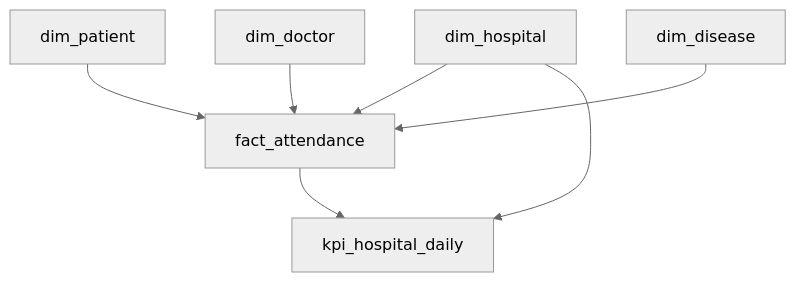
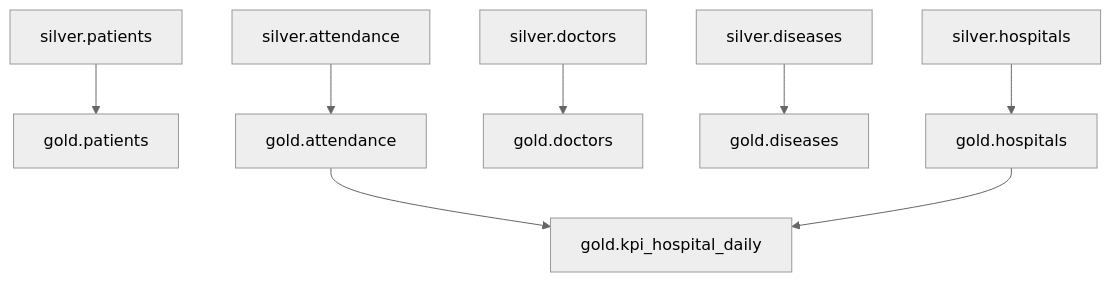
The second of 2 diagrams in README.md (Ecardunk/data-master-healthlake), drawn with Mermaid (neutral theme) before and after one commit. The commit also changed other lines of this file and 14 other files, not shown here.

````diff
--- a/README.md
+++ b/README.md
@@ -623,9 +622,10 @@
 ```mermaid
 flowchart TB
-    P[dim_patient] --> F[fact_attendance]
-    H[dim_hospital] --> F
-    D[dim_doctor] --> F
-    DI[dim_disease] --> F
-    F --> KPI[kpi_hospital_daily]
-    H --> KPI
+    SP[silver.patients] --> GP[gold.patients]
+    SH[silver.hospitals] --> GH[gold.hospitals]
+    SD[silver.doctors] --> GD[gold.doctors]
+    SDO[silver.diseases] --> GDO[gold.diseases]
+    SA[silver.attendance] --> GA[gold.attendance]
+    GA --> KPI[gold.kpi_hospital_daily]
+    GH --> KPI
 ```
````
